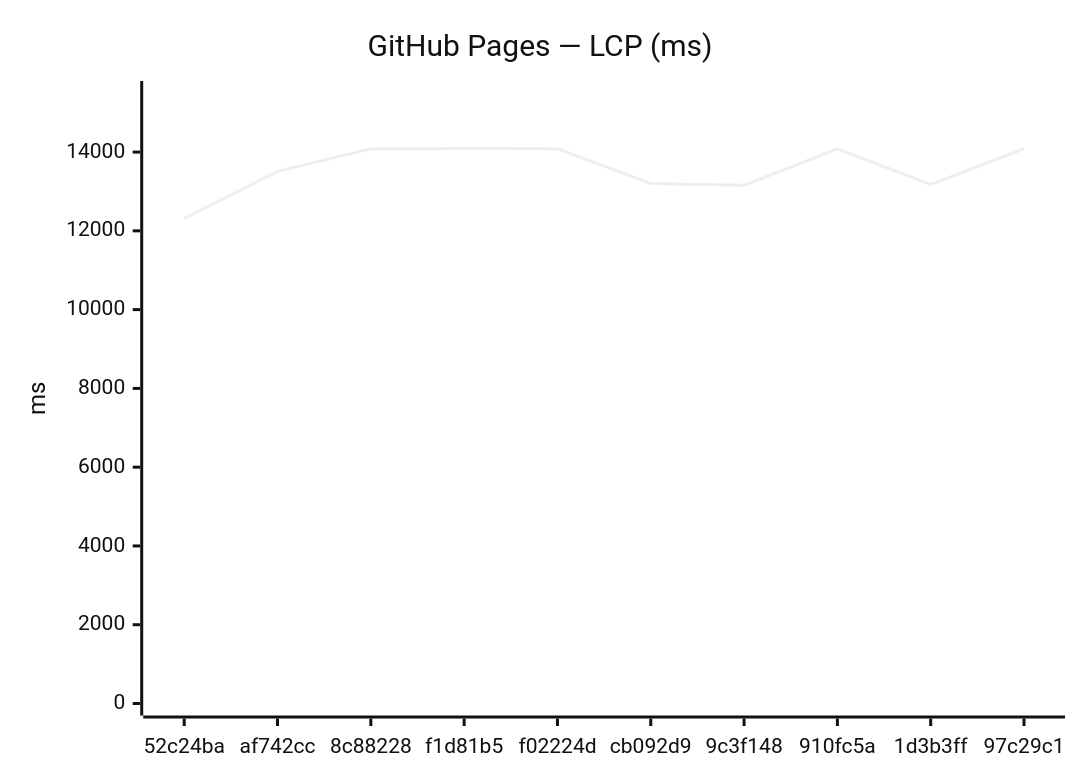
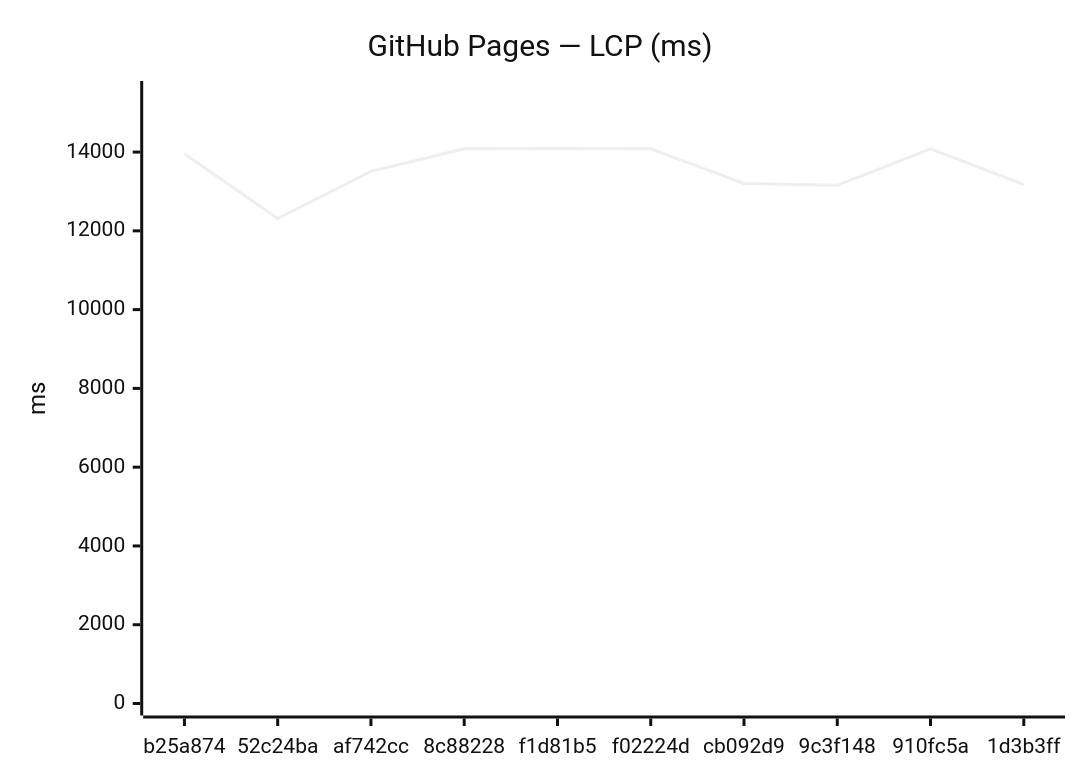
One commit to Metaheurist/Rianell changed the third of 18 diagrams in benchmarks/compare.md. Above: the diagram before and after it, drawn with Mermaid (neutral theme). The commit also changed other lines of this file and 11 other files, not shown here.

````diff
--- a/benchmarks/compare.md
+++ b/benchmarks/compare.md
@@ -54,7 +54,7 @@
 ```mermaid
 xychart-beta
     title "GitHub Pages — LCP (ms)"
-    x-axis ["52c24ba", "af742cc", "8c88228", "f1d81b5", "f02224d", "cb092d9", "9c3f148", "910fc5a", "1d3b3ff", "97c29c1"]
+    x-axis ["b25a874", "52c24ba", "af742cc", "8c88228", "f1d81b5", "f02224d", "cb092d9", "9c3f148", "910fc5a", "1d3b3ff"]
     y-axis "ms" 0 --> 15500
-    line [12313, 13510, 14082, 14090, 14084, 13204, 13156, 14081, 13177, 14085]
+    line [13959, 12313, 13510, 14082, 14090, 14084, 13204, 13156, 14081, 13177]
 ```
````
